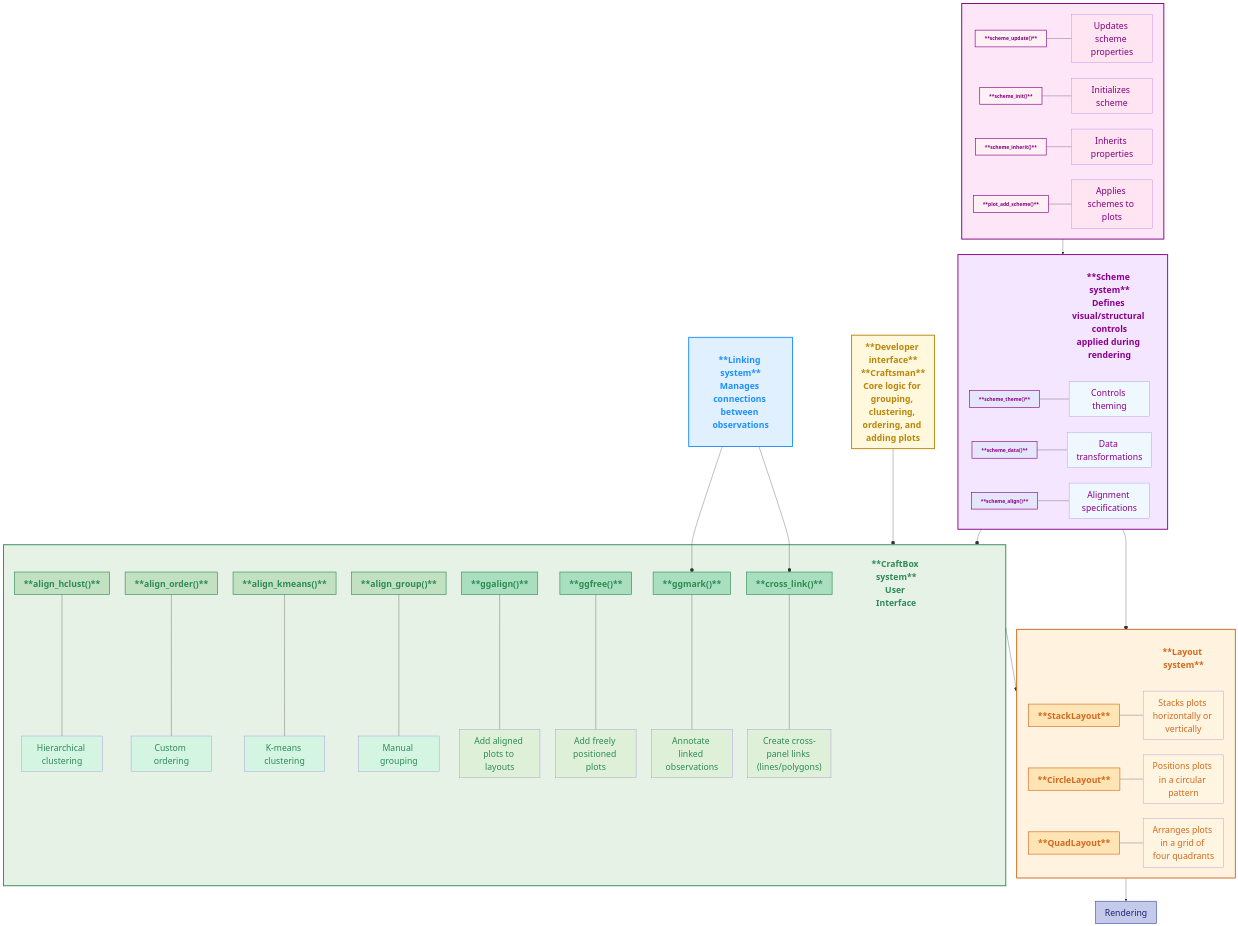
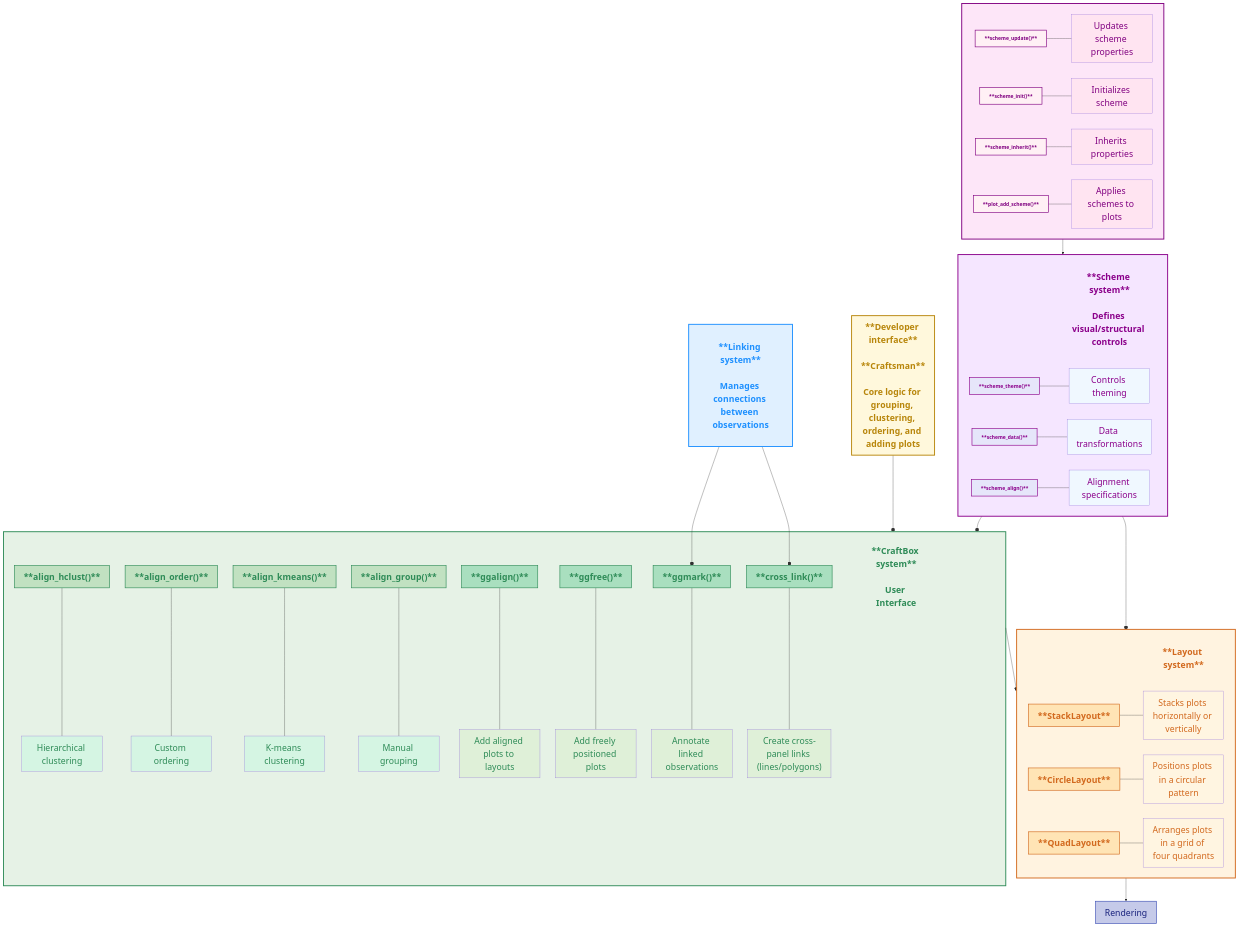
The second of 2 diagrams in introduction.qmd (Yunuuuu/ggalign-book), drawn with Mermaid before and after one commit. The commit also changed other lines of this file, not shown here.

Commit message:
style text

```diff
--- a/introduction.qmd
+++ b/introduction.qmd
@@ -206,7 +206,7 @@
     %% CraftBox system
     subgraph CraftBox[" "]
         style CraftBox fill:#E6F2E6,stroke:#2E8B57,stroke-width:3px
-        CraftBoxTitle["**CraftBox system**<br>User Interface"]
+        CraftBoxTitle["**CraftBox system**<br><br>User Interface"]
         style CraftBoxTitle fill:none,stroke:none,color:#2E8B57,font-weight:bold,font-size:28px
         
         AlignHclust["**align_hclust()**"]
@@ -263,7 +263,7 @@
     %% Linking system
     subgraph Linking[" "]
         style Linking fill:#E0F0FF,stroke:#1E90FF,stroke-width:3px
-        LinkingTitle["**Linking system**<br>Manages connections between observations"]
+        LinkingTitle["**Linking system**<br><br>Manages connections between observations"]
         style LinkingTitle fill:none,stroke:none,color:#1E90FF,font-weight:bold,font-size:28px
     end
 
@@ -271,13 +271,13 @@
     Linking --o CrossLink
 
     %% Developer Interface
-    Craftsman["**Developer interface**<br>**Craftsman**<br>Core logic for grouping, clustering, ordering, and adding plots"]
+    Craftsman["**Developer interface**<br><br>**Craftsman**<br><br>Core logic for grouping, clustering, ordering, and adding plots"]
     style Craftsman fill:#FFF8DC,stroke:#B8860B,stroke-width:3px,color:#B8860B,font-weight:bold,font-size:28px
 
     %% Scheme system
     subgraph Scheme[" "]
         style Scheme fill:#F5E6FF,stroke:#8B008B,stroke-width:3px
-        SchemeTitle["**Scheme system**<br>Defines visual/structural controls<br>applied during rendering"]
+        SchemeTitle["**Scheme system**<br><br>Defines visual/structural controls"]
         style SchemeTitle fill:none,stroke:none,color:#8B008B,font-weight:bold,font-size:28px
         SchemeTheme["**scheme_theme()**"]
         SchemeData["**scheme_data()**"]
```
